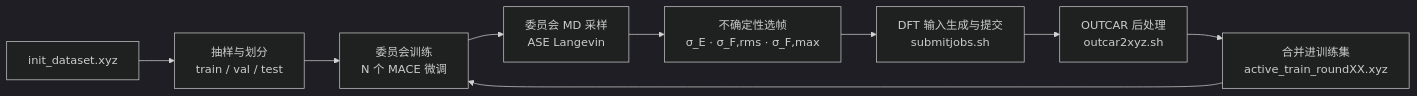
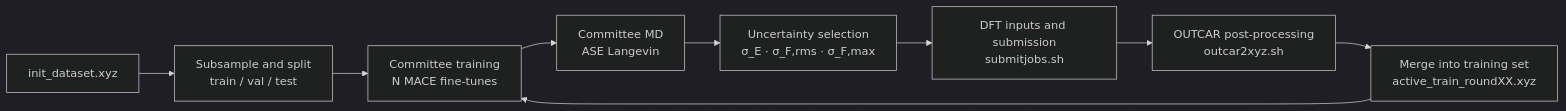
Before and after one commit to qundaoXu/mlip_auto_flow: the diagram in README.md, drawn with Mermaid (dark theme). The commit also changed other lines of this file and 41 other files, not shown here.

````diff
--- a/README.md
+++ b/README.md
@@ -133,11 +137,11 @@
 ```mermaid
 flowchart LR
-    A[init_dataset.xyz] --> B[抽样与划分<br/>train / val / test]
-    B --> C[委员会训练<br/>N 个 MACE 微调]
-    C --> D[委员会 MD 采样<br/>ASE Langevin]
-    D --> E[不确定性选帧<br/>σ_E · σ_F,rms · σ_F,max]
-    E --> F[DFT 输入生成与提交<br/>submitjobs.sh]
-    F --> G[OUTCAR 后处理<br/>outcar2xyz.sh]
-    G --> H[合并进训练集<br/>active_train_roundXX.xyz]
+    A[init_dataset.xyz] --> B[Subsample and split<br/>train / val / test]
+    B --> C[Committee training<br/>N MACE fine-tunes]
+    C --> D[Committee MD<br/>ASE Langevin]
+    D --> E[Uncertainty selection<br/>σ_E · σ_F,rms · σ_F,max]
+    E --> F[DFT inputs and submission<br/>submitjobs.sh]
+    F --> G[OUTCAR post-processing<br/>outcar2xyz.sh]
+    G --> H[Merge into training set<br/>active_train_roundXX.xyz]
     H --> C
 ```
````
